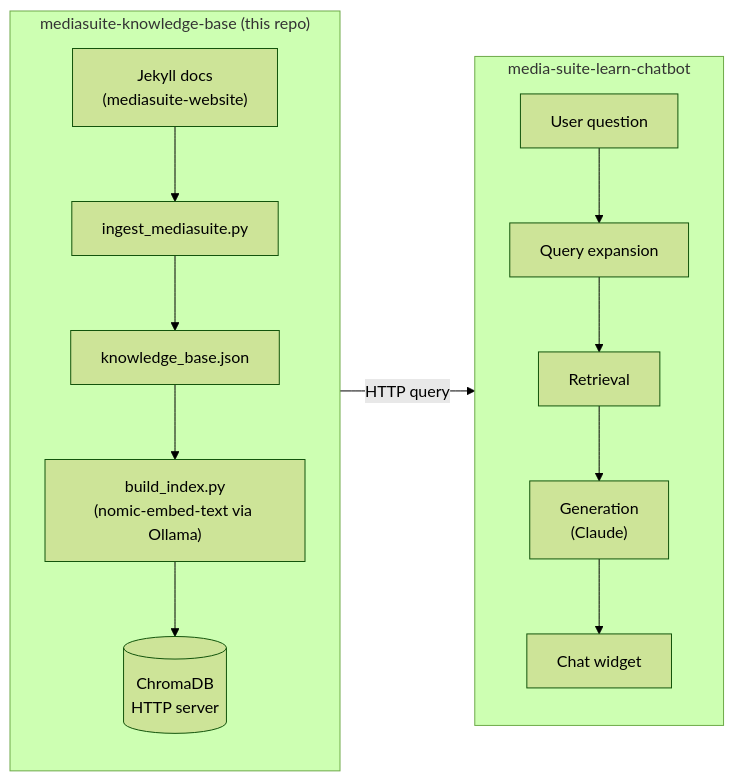
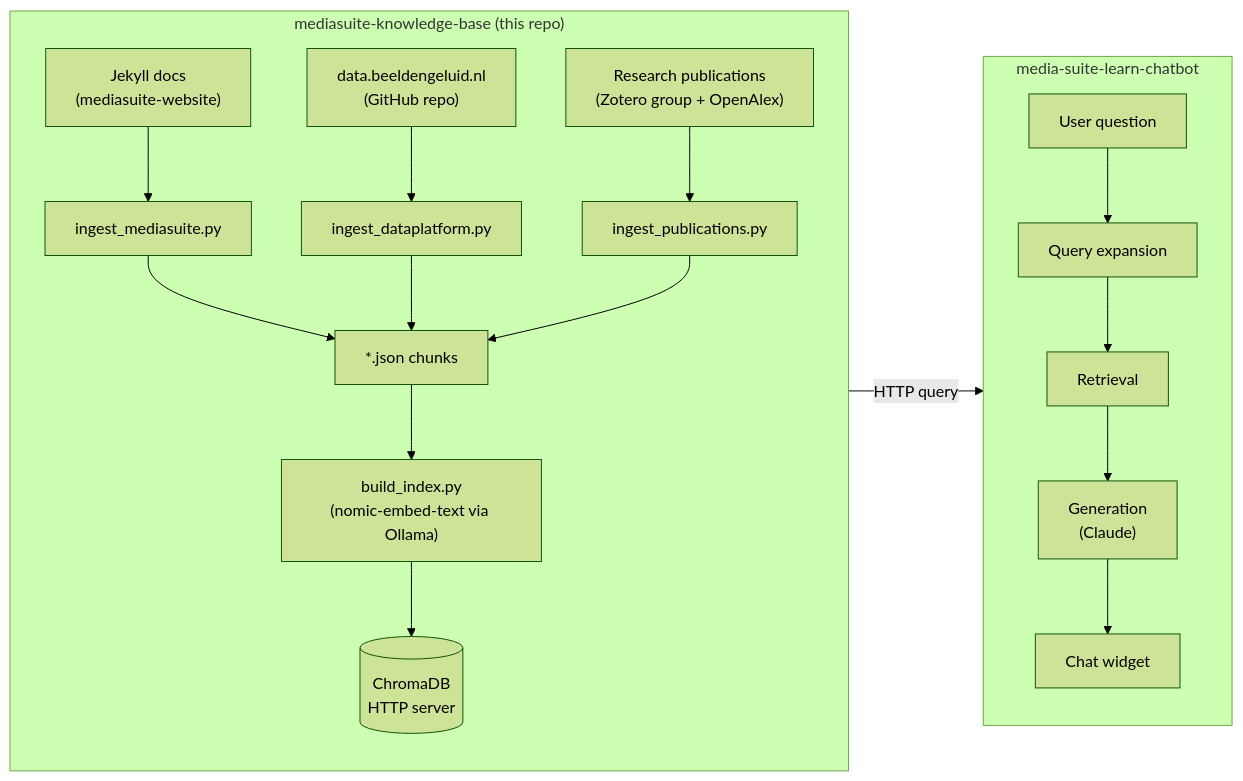
Before and after one commit to roelandordelman/mediasuite-knowledge-base: the diagram in README.md, drawn with Mermaid (forest theme). The commit also changed other lines of this file, not shown here.

First line of the commit message:
Update README for publications pipeline and current evaluation results

````diff
--- a/README.md
+++ b/README.md
@@ -14,26 +14,33 @@
 ```mermaid
 flowchart LR
     subgraph kb["mediasuite-knowledge-base (this repo)"]
         direction TB
-        src["Jekyll docs\n(mediasuite-website)"]
-        ingest["ingest_mediasuite.py"]
-        json["knowledge_base.json"]
+        src1["Jekyll docs\n(mediasuite-website)"]
+        src2["data.beeldengeluid.nl\n(GitHub repo)"]
+        src3["Research publications\n(Zotero group + OpenAlex)"]
+        ingest1["ingest_mediasuite.py"]
+        ingest2["ingest_dataplatform.py"]
+        ingest3["ingest_publications.py"]
+        json["*.json chunks"]
         embed["build_index.py\n(nomic-embed-text via Ollama)"]
         chroma[("ChromaDB\nHTTP server")]
 
-        src --> ingest --> json --> embed --> chroma
+        src1 --> ingest1 --> json
+        src2 --> ingest2 --> json
+        src3 --> ingest3 --> json
+        json --> embed --> chroma
     end
 
     subgraph chatbot["media-suite-learn-chatbot"]
         direction TB
         q["User question"]
         expand["Query expansion"]
         retrieve["Retrieval"]
         generate["Generation\n(Claude)"]
         widget["Chat widget"]
 
         q --> expand --> retrieve --> generate --> widget
     end
 
     chroma -->|"HTTP query"| retrieve
 ```
````
